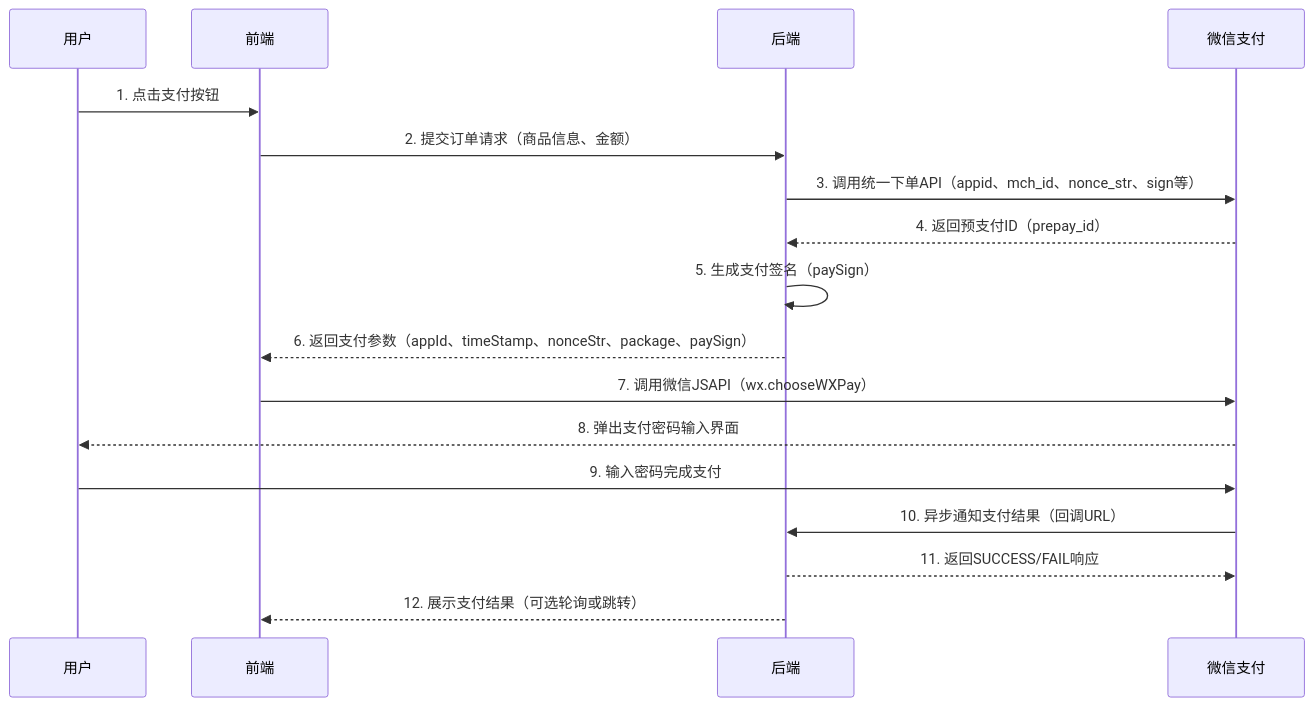
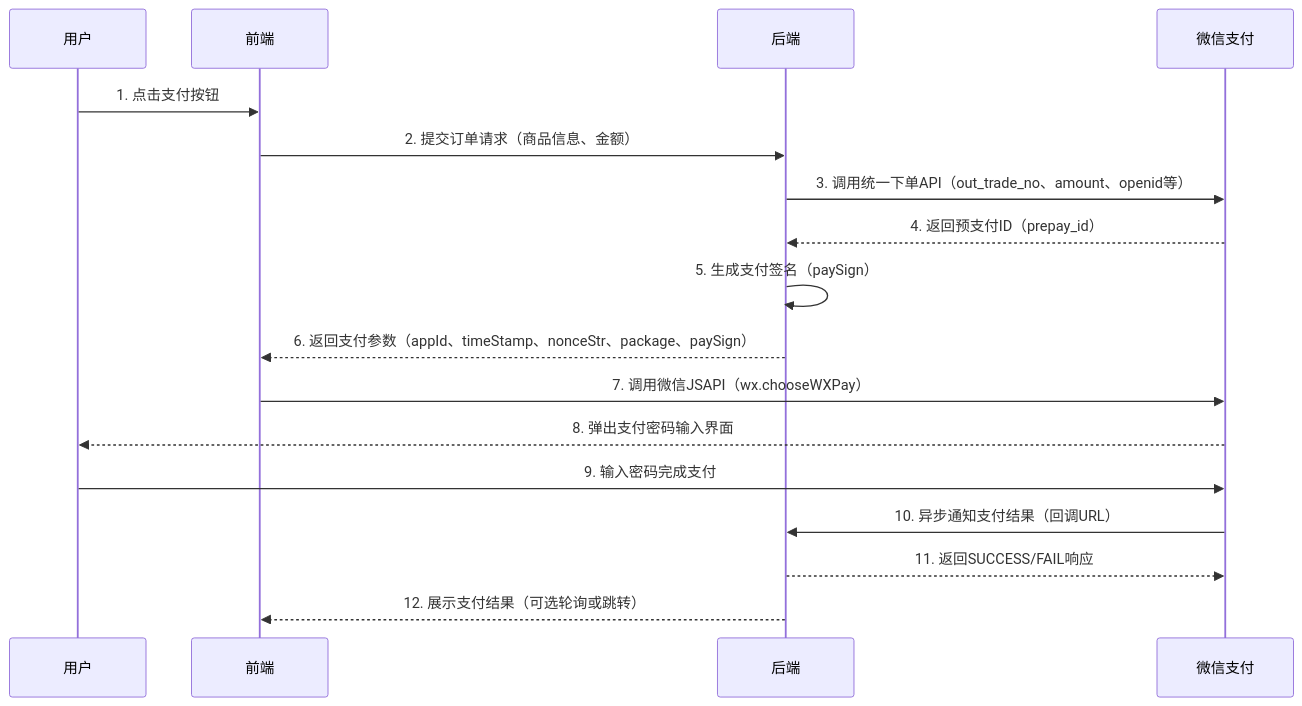
One commit to weihongyu12/web changed the diagram in docs/features/payment/weixinpay/README.md. Above: the diagram before and after it, drawn with Mermaid. The commit also changed other lines of this file and 13 other files, not shown here.

````diff
--- a/docs/features/payment/weixinpay/README.md
+++ b/docs/features/payment/weixinpay/README.md
@@ -21,20 +24,20 @@
 ```mermaid
 sequenceDiagram
     participant 用户 as 用户
     participant 前端 as 前端
     participant 后端 as 后端
     participant 微信支付 as 微信支付
 
     用户->>前端: 1. 点击支付按钮
     前端->>后端: 2. 提交订单请求（商品信息、金额）
-    后端->>微信支付: 3. 调用统一下单API（appid、mch_id、nonce_str、sign等）
+    后端->>微信支付: 3. 调用统一下单API（out_trade_no、amount、openid等）
     微信支付-->>后端: 4. 返回预支付ID（prepay_id）
     后端->>后端: 5. 生成支付签名（paySign）
     后端-->>前端: 6. 返回支付参数（appId、timeStamp、nonceStr、package、paySign）
     前端->>微信支付: 7. 调用微信JSAPI（wx.chooseWXPay）
     微信支付-->>用户: 8. 弹出支付密码输入界面
     用户->>微信支付: 9. 输入密码完成支付
     微信支付->>后端: 10. 异步通知支付结果（回调URL）
     后端-->>微信支付: 11. 返回SUCCESS/FAIL响应
     后端-->>前端: 12. 展示支付结果（可选轮询或跳转）
 ```
````
